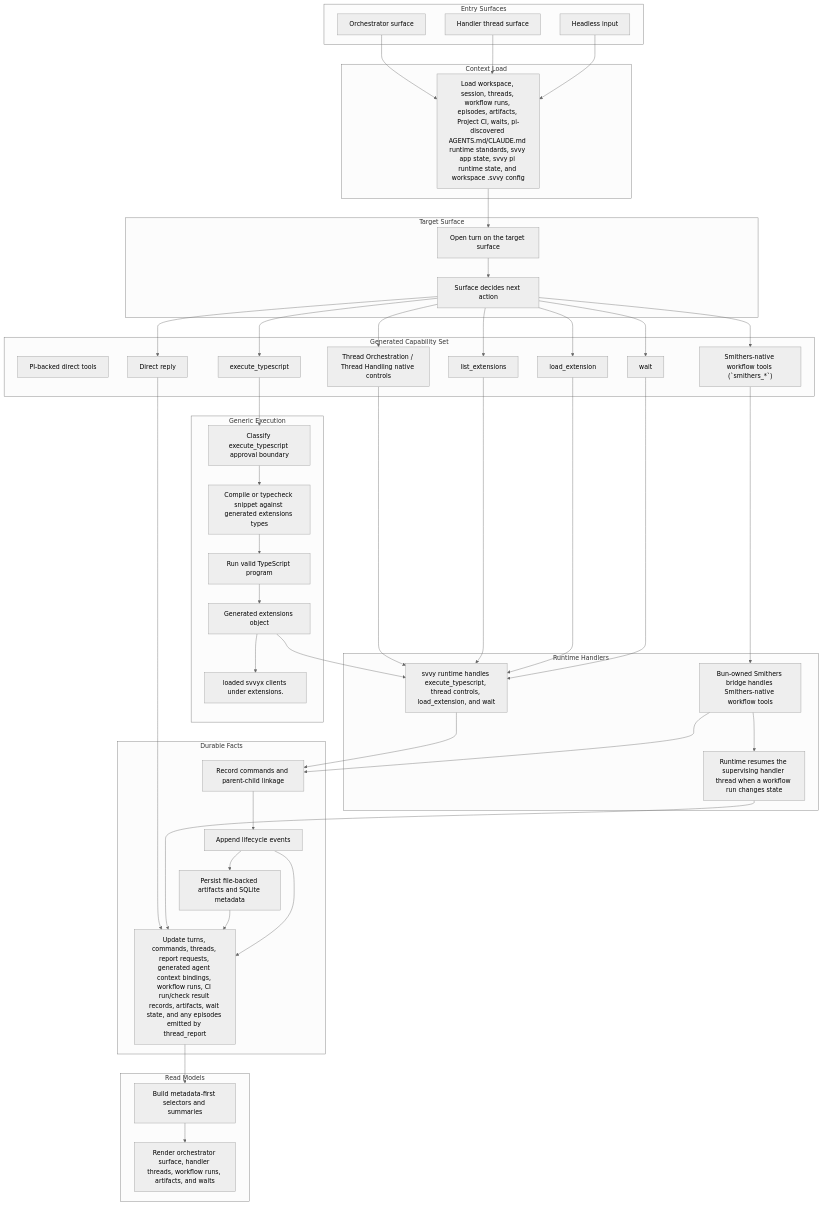
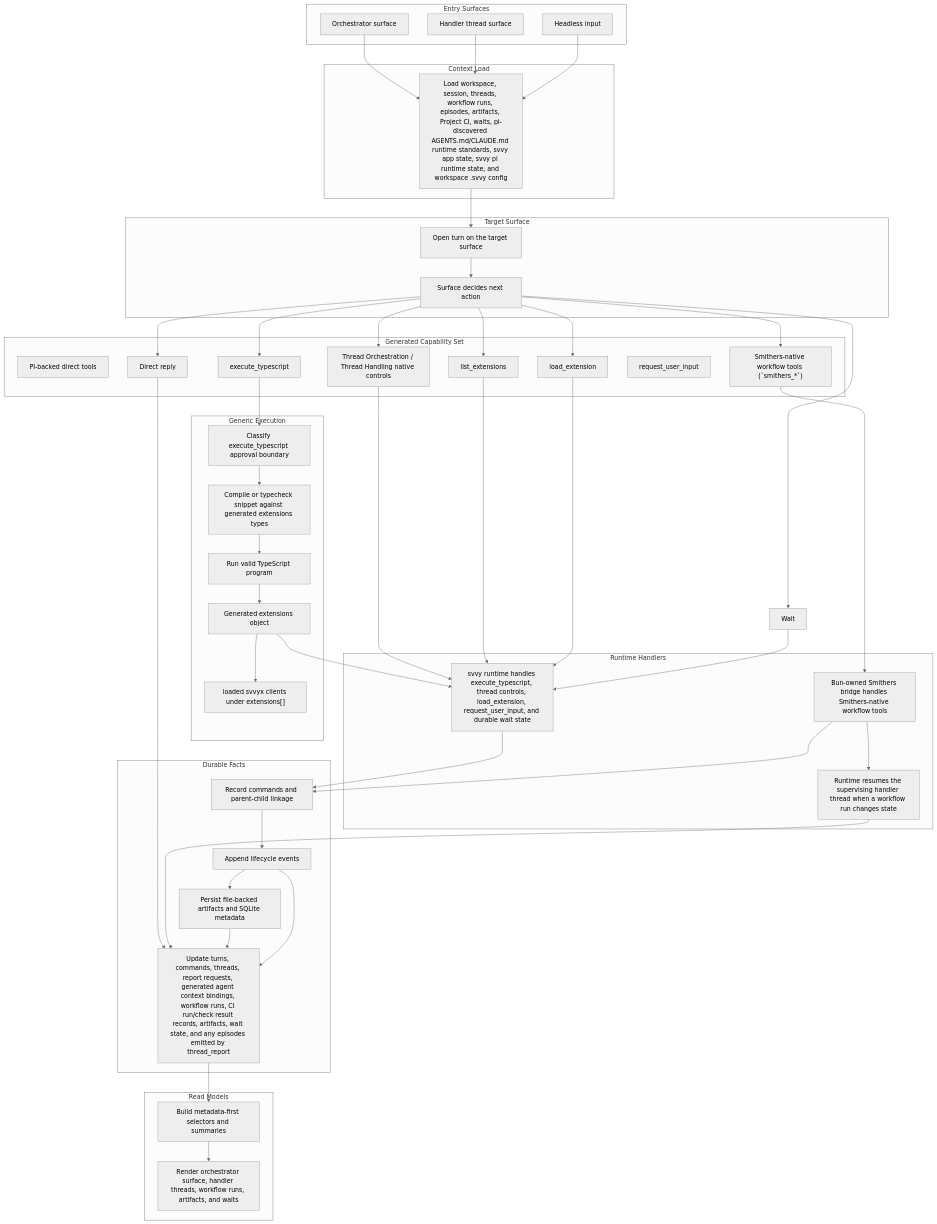
The diagram in docs/execution-model.md (0xpolarzero/hellm), drawn with Mermaid (neutral theme) before and after one commit. The commit also changed other lines of this file and 22 other files, not shown here.

```diff
--- a/docs/execution-model.md
+++ b/docs/execution-model.md
@@ -51,7 +51,7 @@
         ListExtensions["list_extensions"]
         LoadExtension["load_extension"]
         SmithersTools["Smithers-native workflow tools (`smithers_*`)"]
-        Wait["wait"]
+        RequestInput["request_user_input"]
         DirectReply["Direct reply"]
     end
 
@@ -60,11 +60,11 @@
         Compile["Compile or typecheck snippet against generated extensions types"]
         Run["Run valid TypeScript program"]
         Api["Generated extensions object"]
-        ApiExtensions["loaded svvyx clients under extensions.<id>"]
+        ApiExtensions["loaded svvyx clients under extensions[<id>]"]
     end
 
     subgraph Runtime["Runtime Handlers"]
-        RuntimeHandler["svvy runtime handles execute_typescript, thread controls, load_extension, and wait"]
+        RuntimeHandler["svvy runtime handles execute_typescript, thread controls, load_extension, request_user_input, and durable wait state"]
         SmithersBridge["Bun-owned Smithers bridge handles Smithers-native workflow tools"]
         ResumeHandler["Runtime resumes the supervising handler thread when a workflow run changes state"]
     end
```
